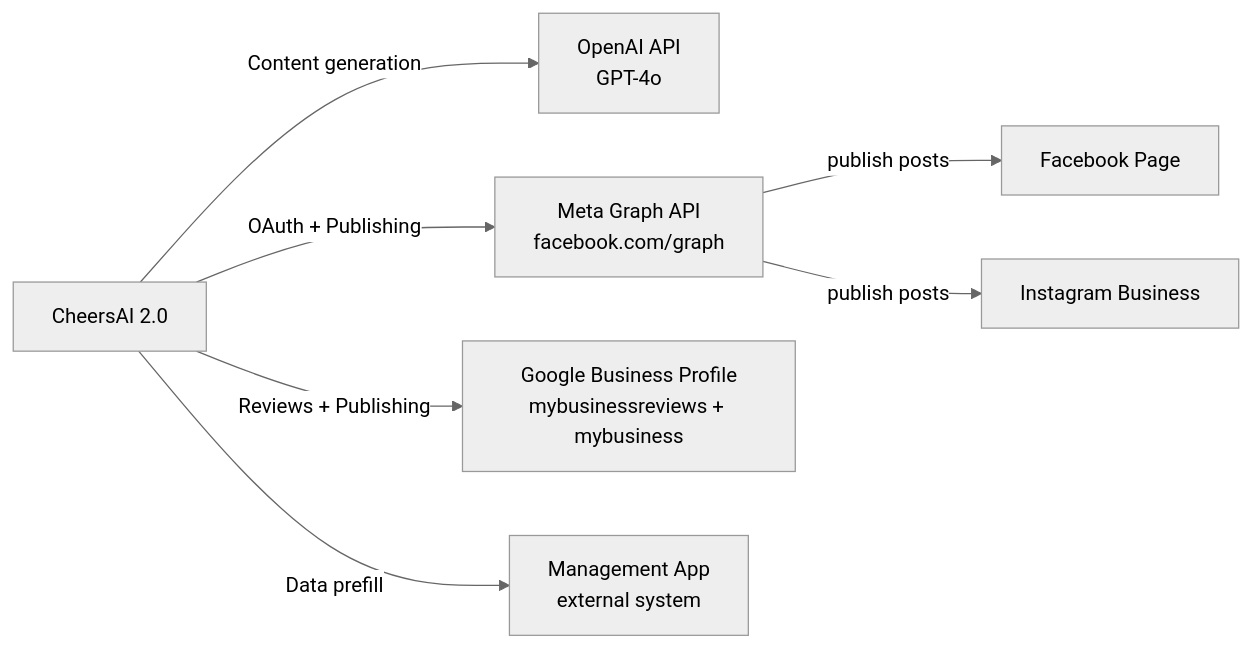
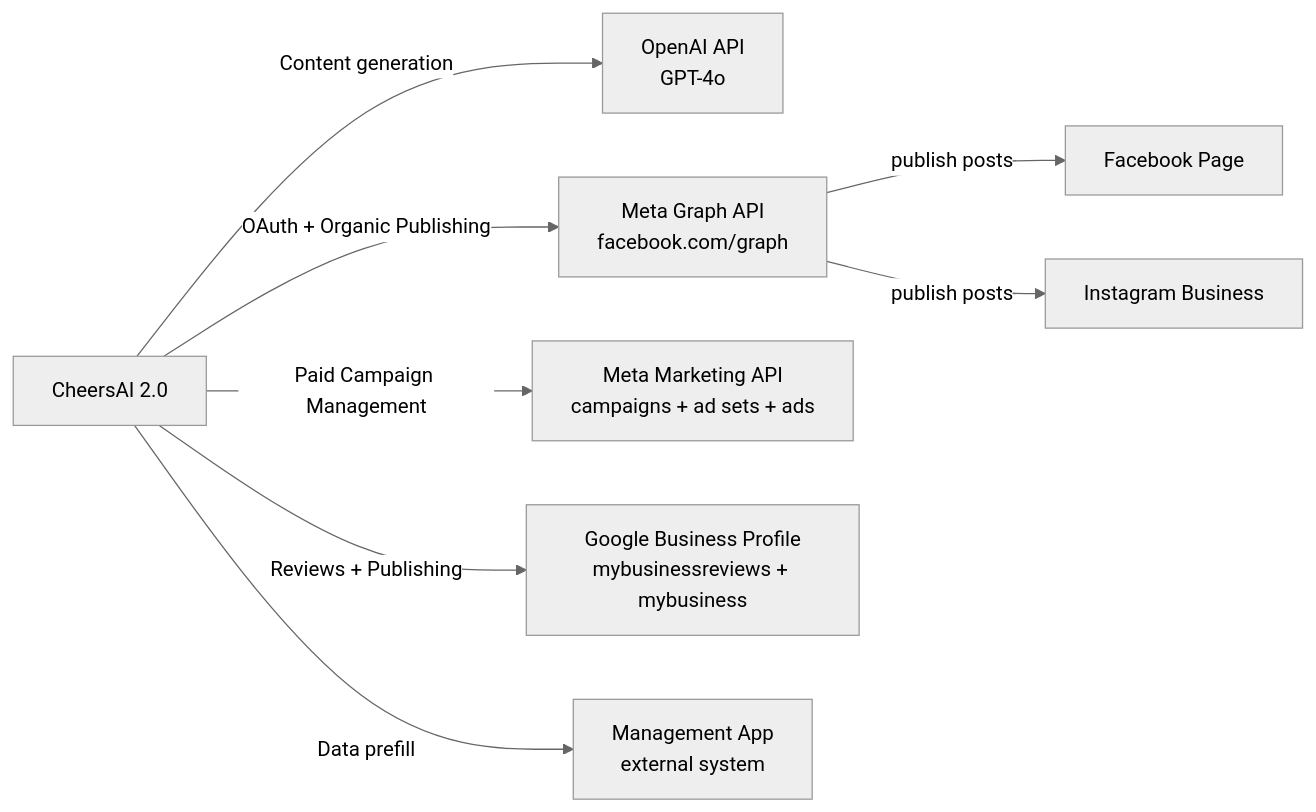
Before and after one commit to peterjpitcher/cheersai2.0: the diagram in Obsidian/OJ-CheersAI2.0/API/External Integrations.md, drawn with Mermaid (neutral theme). The commit also changed other lines of this file and 4 other files, not shown here.

````diff
--- a/Obsidian/OJ-CheersAI2.0/API/External Integrations.md
+++ b/Obsidian/OJ-CheersAI2.0/API/External Integrations.md
@@ -22,10 +22,11 @@
 ```mermaid
 graph LR
   App[CheersAI 2.0]
   App -->|Content generation| OAI[OpenAI API\nGPT-4o]
-  App -->|OAuth + Publishing| FB[Meta Graph API\nfacebook.com/graph]
+  App -->|OAuth + Organic Publishing| FB[Meta Graph API\nfacebook.com/graph]
+  App -->|Paid Campaign Management| MetaAds[Meta Marketing API\ncampaigns + ad sets + ads]
   App -->|Reviews + Publishing| GBP[Google Business Profile\nmybusinessreviews + mybusiness]
   App -->|Data prefill| MgmtApp[Management App\nexternal system]
   FB -->|publish posts| FBPage[Facebook Page]
   FB -->|publish posts| IGBiz[Instagram Business]
 ```
````
